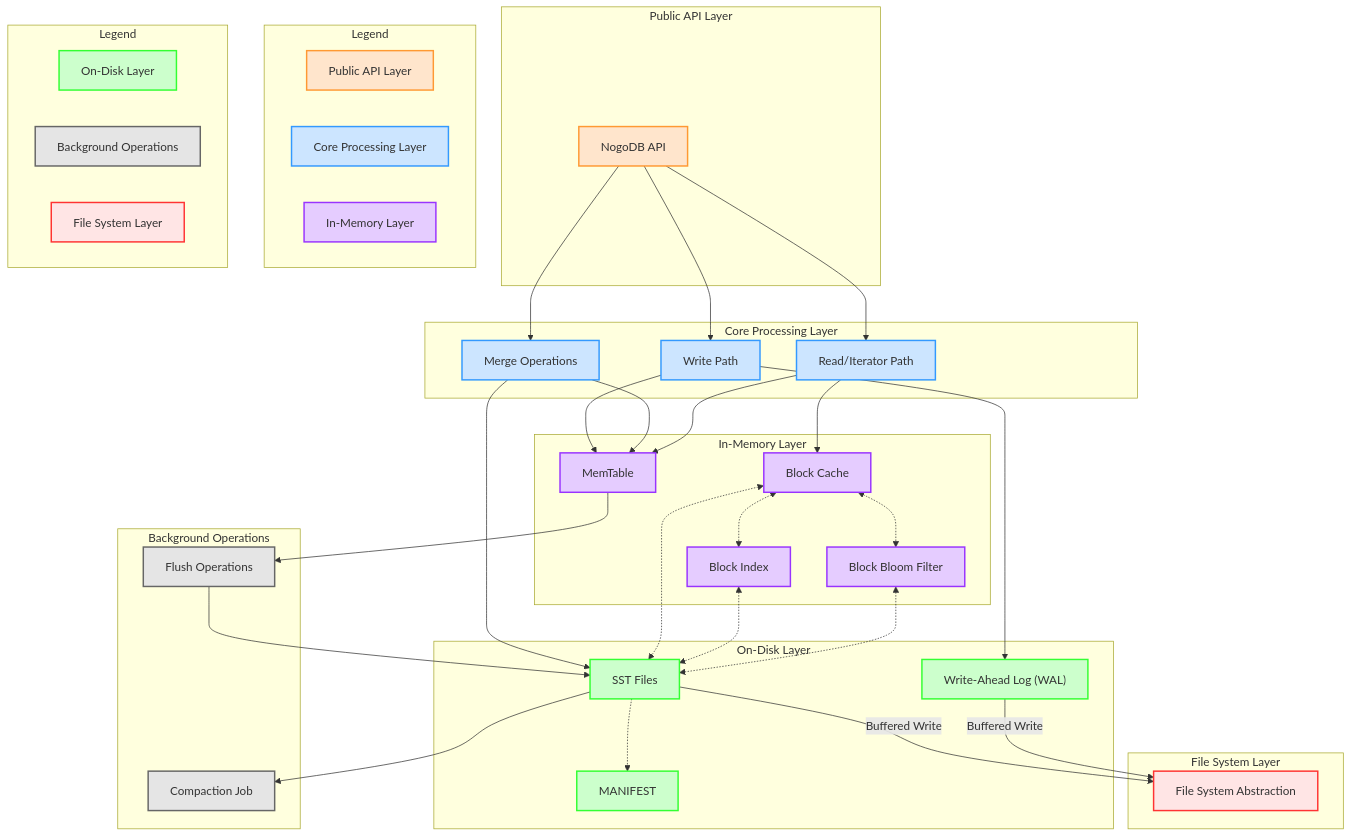
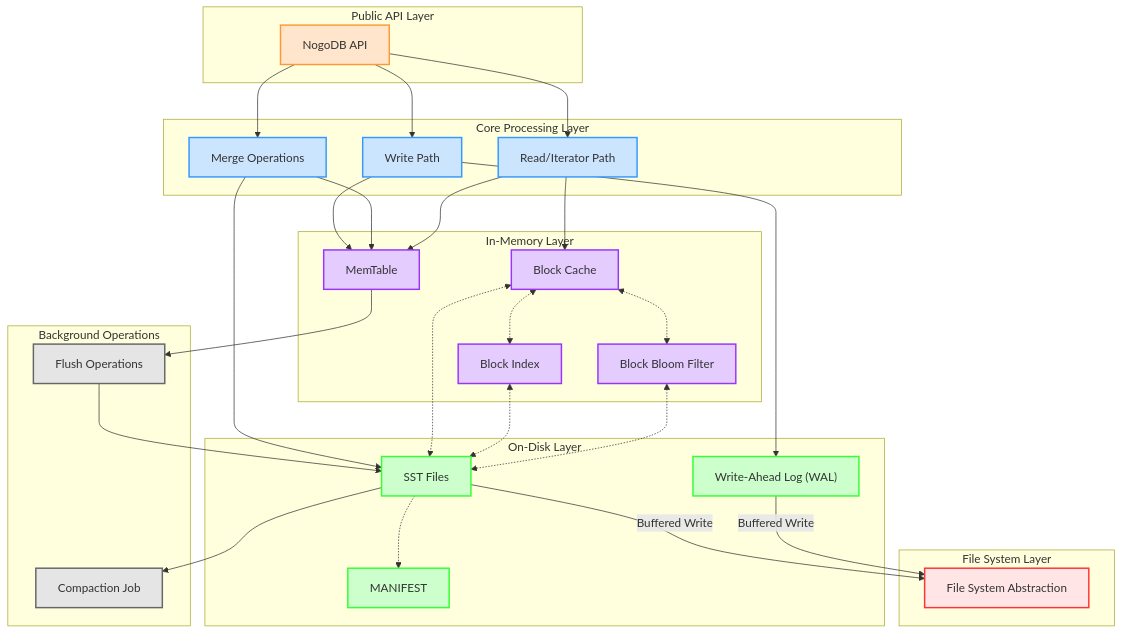
Before and after one commit to datnguyenzzz/nogodb: the diagram in README.md, drawn with Mermaid.

````diff
--- a/README.md
+++ b/README.md
@@ -84,11 +84,17 @@
     SSTFiles -.-> ManFile
 
 %% Click events only on existing nodes
+    click NogoDB_API "xyz"
+    click WritePath "xyz"
+    click ReadPath "xyz"
     click MemTable "https://github.com/datnguyenzzz/nogodb/tree/master/lib/go-adaptive-radix-tree"
     click BlockCache "https://github.com/datnguyenzzz/nogodb/tree/master/lib/go-block-cache"
     click BloomFilter "https://github.com/datnguyenzzz/nogodb/tree/master/lib/go-blocked-bloom-filter"
+    click BlockIndex "xyz"
     click SSTFiles "https://github.com/datnguyenzzz/nogodb/tree/master/lib/go-sstable"
     click WALog "https://github.com/datnguyenzzz/nogodb/tree/master/lib/go-wal"
+    click Compaction "xyz"
+    click FlushOps "xyz"
     click FSAbstract "https://github.com/datnguyenzzz/nogodb/tree/master/lib/go-fs"
 
 %% Styles for groups
@@ -98,15 +104,4 @@
     classDef storage fill:#CCFFCC,stroke:#33FF33,stroke-width:2px;
     classDef bg fill:#E5E5E5,stroke:#666666,stroke-width:2px;
     classDef fs fill:#FFE5E5,stroke:#FF3333,stroke-width:2px;
-    
-    subgraph legend1 [Legend]
-        L1["Public API Layer"]:::api
-        L2["Core Processing Layer"]:::core
-        L3["In-Memory Layer"]:::memory
-    end
-    subgraph legend2 [Legend]
-        L4["On-Disk Layer"]:::storage
-        L5["Background Operations"]:::bg
-        L6["File System Layer"]:::fs
-    end
 ```
````
